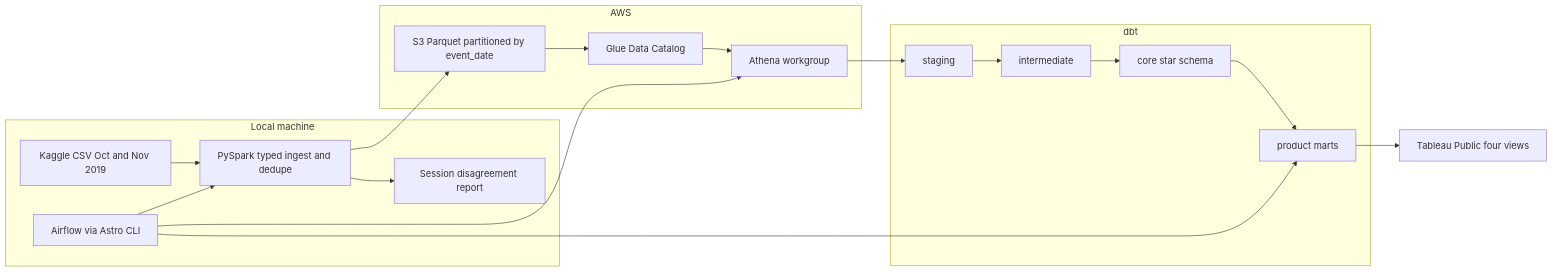
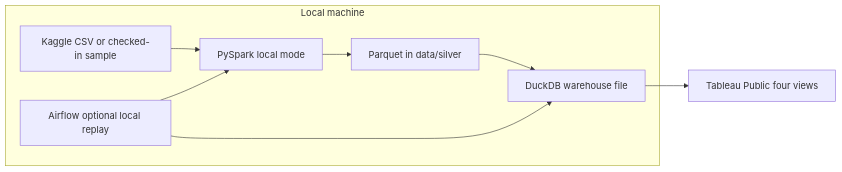
Before and after one commit to Rutvij1998/clickstream-to-cohorts: the diagram in README.md, drawn with Mermaid. The commit also changed other lines of this file and 39 other files, not shown here.

````diff
--- a/README.md
+++ b/README.md
@@ -21,35 +21,18 @@
 ```mermaid
 flowchart LR
   subgraph local [Local machine]
-    kaggle[Kaggle CSV Oct and Nov 2019]
-    spark[PySpark typed ingest and dedupe]
-    session[Session disagreement report]
-    airflow[Airflow via Astro CLI]
-  end
-  subgraph aws [AWS]
-    s3[S3 Parquet partitioned by event_date]
-    glue[Glue Data Catalog]
-    athena[Athena workgroup]
-  end
-  subgraph transform [dbt]
-    staging[staging]
-    intermediate[intermediate]
-    core[core star schema]
-    marts[product marts]
+    kaggle[Kaggle CSV or checked-in sample]
+    spark[PySpark local mode]
+    parquet[Parquet in data/silver]
+    duckdb[DuckDB warehouse file]
+    airflow[Airflow optional local replay]
   end
   tableau[Tableau Public four views]
 
   kaggle --> spark
-  spark --> session
-  spark --> s3
-  s3 --> glue
-  glue --> athena
-  athena --> staging
-  staging --> intermediate
-  intermediate --> core
-  core --> marts
-  marts --> tableau
+  spark --> parquet
+  parquet --> duckdb
+  duckdb --> tableau
   airflow --> spark
-  airflow --> athena
-  airflow --> marts
+  airflow --> duckdb
 ```
````
